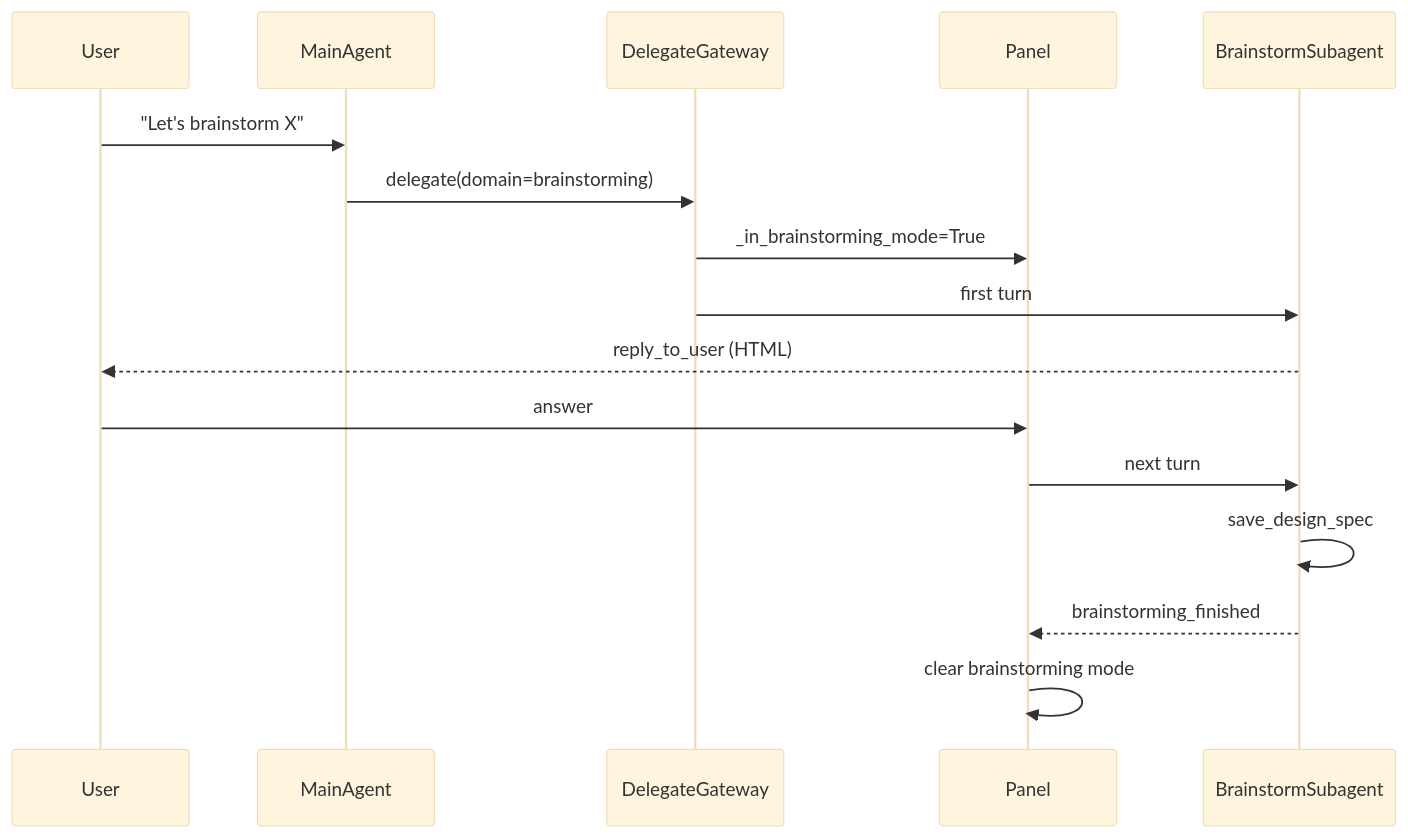
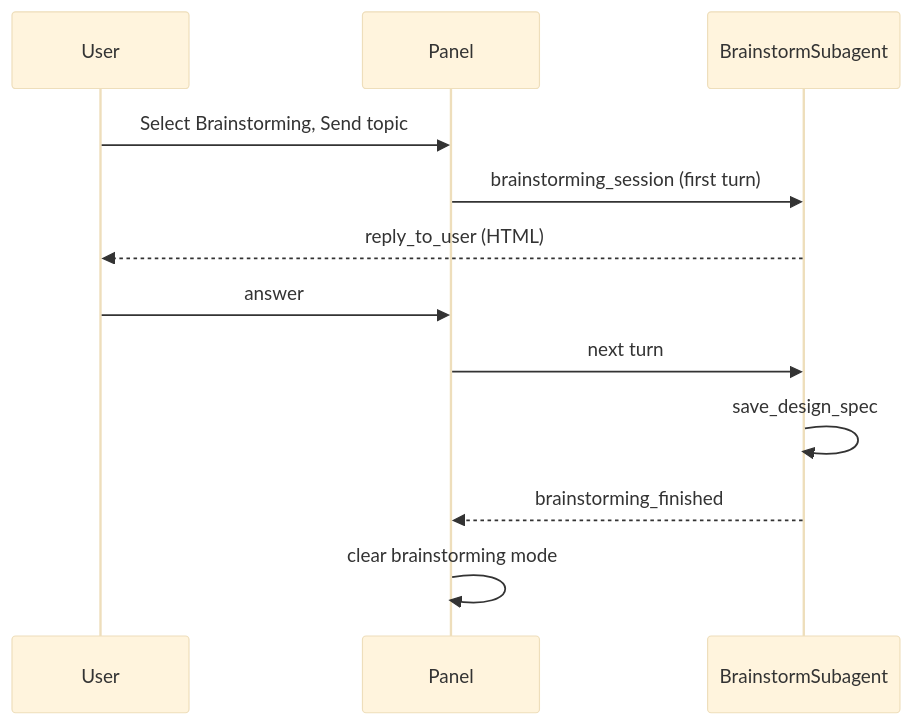
One commit to KeithCu/writeragent changed the diagram in docs/brainstorming-mode.md. Above: the diagram before and after it, drawn with Mermaid (base theme). The commit also changed other lines of this file and 11 other files, not shown here.

Commit message:
don't tell the main agent LLMs about brainstorming mode or writing plan mode

````diff
--- a/docs/brainstorming-mode.md
+++ b/docs/brainstorming-mode.md
@@ -18,19 +17,15 @@
 ```mermaid
 sequenceDiagram
     participant User
-    participant MainAgent
-    participant DelegateGateway
     participant Panel
     participant BrainstormSubagent
 
-    User->>MainAgent: "Let's brainstorm X"
-    MainAgent->>DelegateGateway: delegate(domain=brainstorming)
-    DelegateGateway->>Panel: _in_brainstorming_mode=True
-    DelegateGateway->>BrainstormSubagent: first turn
+    User->>Panel: Select Brainstorming, Send topic
+    Panel->>BrainstormSubagent: brainstorming_session (first turn)
     BrainstormSubagent-->>User: reply_to_user (HTML)
     User->>Panel: answer
     Panel->>BrainstormSubagent: next turn
     BrainstormSubagent->>BrainstormSubagent: save_design_spec
     BrainstormSubagent-->>Panel: brainstorming_finished
     Panel->>Panel: clear brainstorming mode
 ```
````
